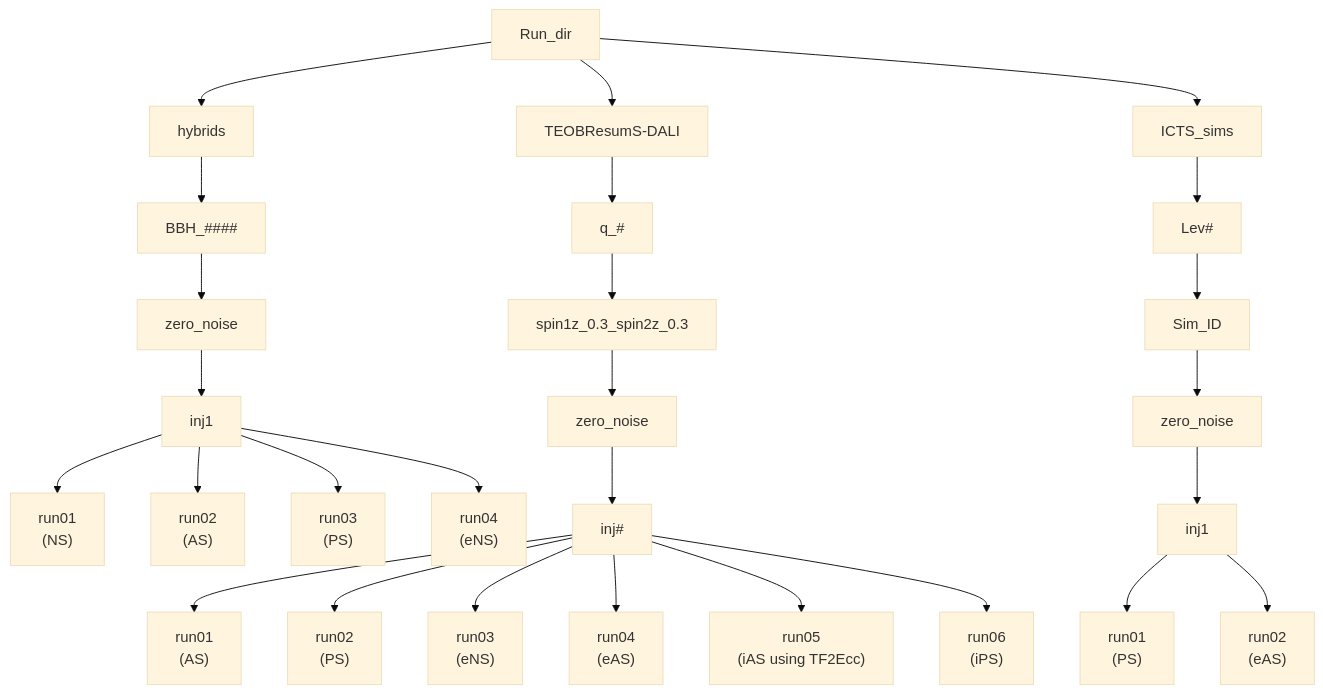
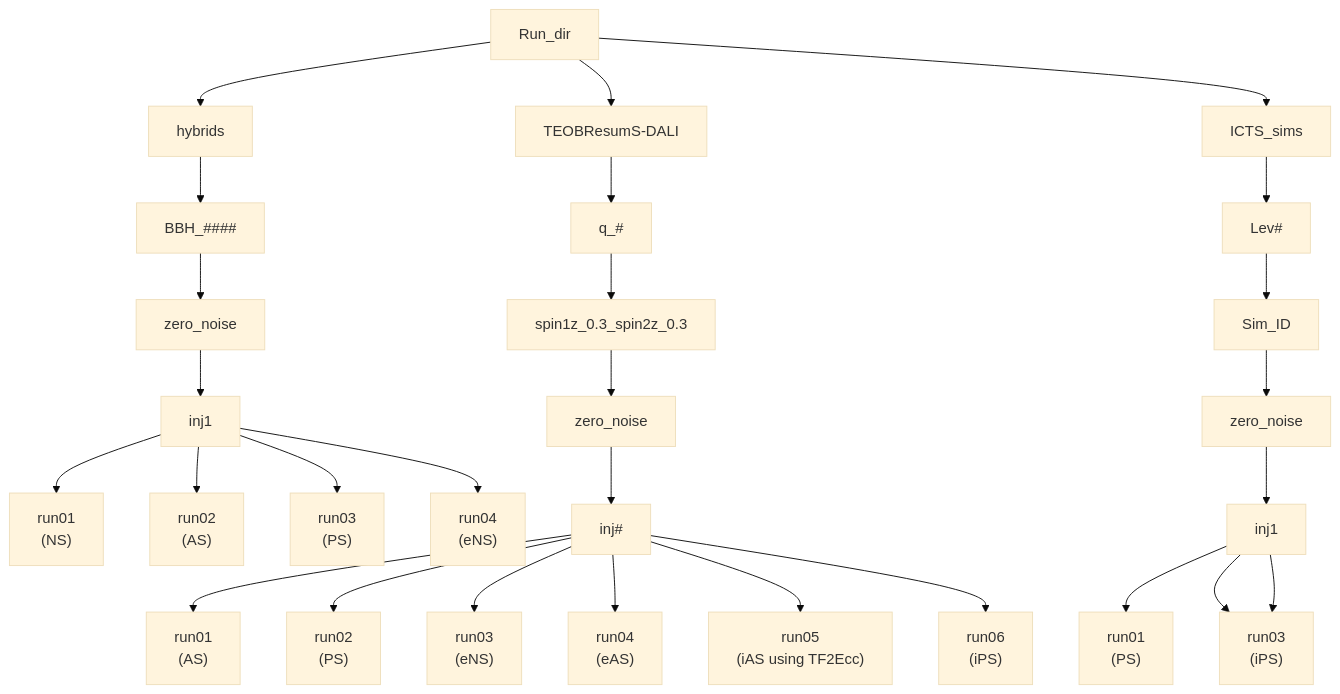
The diagram in README.md (divyajyoti09/eccentric_pe), drawn with Mermaid (base theme) before and after one commit. The commit also changed other lines of this file, not shown here.

````diff
--- a/README.md
+++ b/README.md
@@ -17,21 +18,22 @@
 ```mermaid
 graph TD;
   Run_dir-->hybrids;
   Run_dir-->TEOBResumS-DALI;
   Run_dir-->ICTS_sims;
   hybrids-->BBH_####-->Hz[zero_noise]-->Hi[inj1]-->Hr1["run01 <br/> (NS)"]
   Hi[inj1]-->Hr2["run02 <br/> (AS)"];
   Hi[inj1]-->Hr3["run03 <br/> (PS)"];
   Hi[inj1]-->Hr4["run04 <br/> (eNS)"];
 
   ICTS_sims-->Lev#-->Sim_ID-->Iz[zero_noise]-->Ii[inj1]-->Ir1["run01 <br/> (PS)"]
   Ii[inj1]-->Ir2["run02 <br/> (eAS)"]
+  Ii[inj1]-->Ir2["run03 <br/> (iPS)"]
 
   TEOBResumS-DALI-->q_#-->spin1z_0.3_spin2z_0.3-->Tz[zero_noise]-->Ti[inj#]
   Ti[inj#]-->Tr1["run01 <br/> (AS)"]
   Ti[inj#]-->Tr2["run02 <br/> (PS)"]
   Ti[inj#]-->Tr3["run03 <br/> (eNS)"]
   Ti[inj#]-->Tr4["run04 <br/> (eAS)"]
   Ti[inj#]-->Tr5["run05 <br/> (iAS using TF2Ecc)"]
   Ti[inj#]-->Tr6["run06 <br/> (iPS)"]
 ```
````
